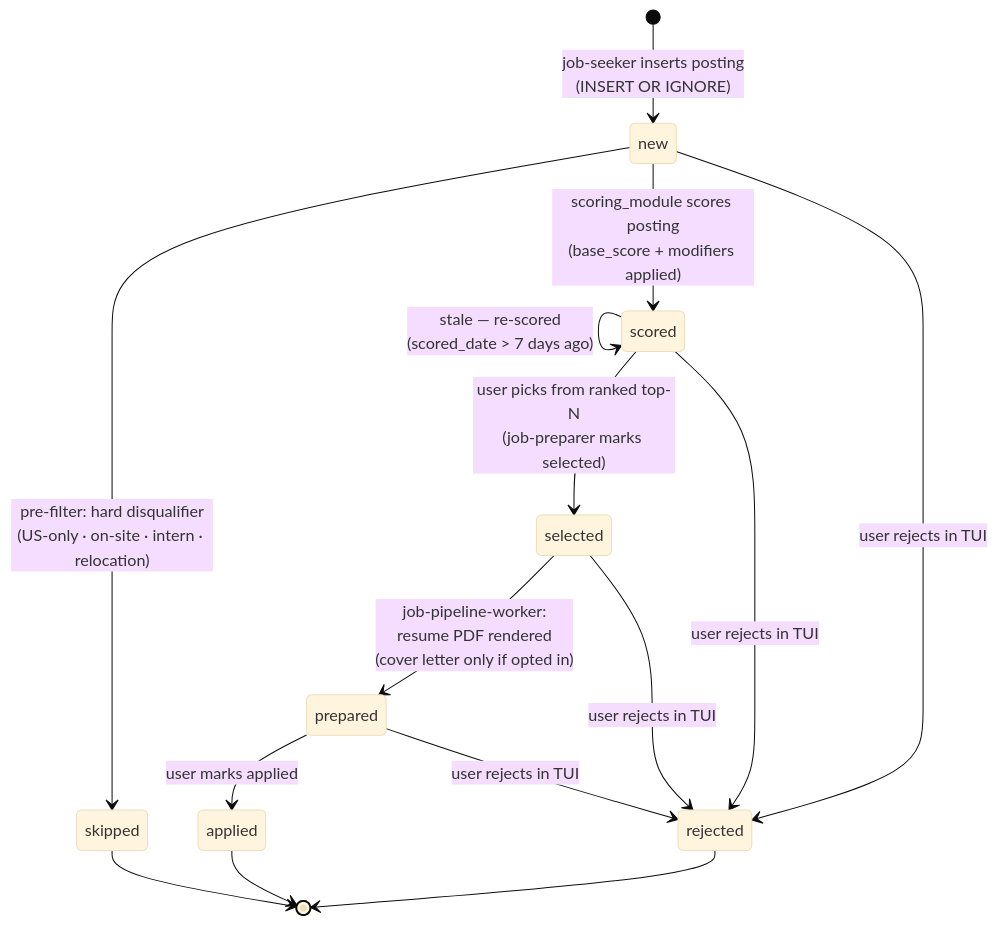
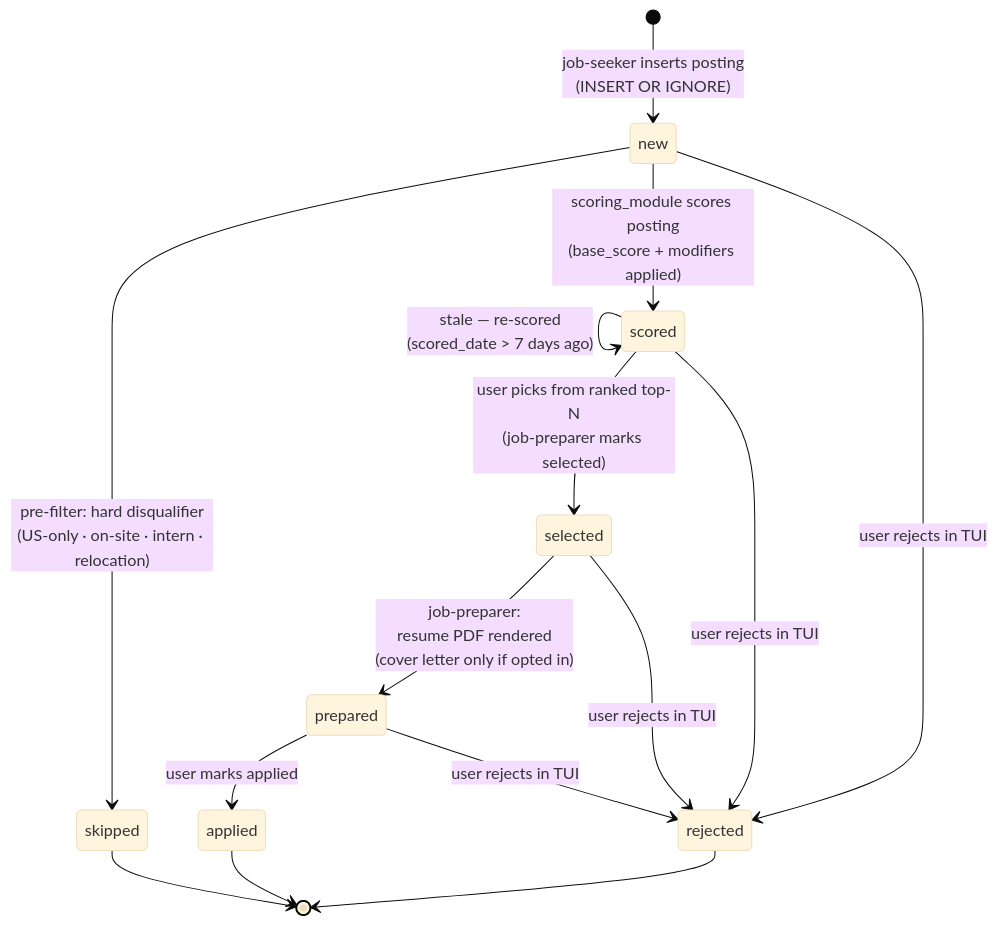
The diagram in docs/job-states.md (bildzeitung/job-harness), drawn with Mermaid (base theme) before and after one commit. The commit also changed other lines of this file and 8 other files, not shown here.

````diff
--- a/docs/job-states.md
+++ b/docs/job-states.md
@@ -7,22 +7,22 @@
 ```mermaid
 stateDiagram-v2
     [*] --> new : job-seeker inserts posting<br>(INSERT OR IGNORE)
 
     new --> skipped : pre-filter: hard disqualifier<br>(US-only · on-site · intern · relocation)
     new --> scored : scoring_module scores posting<br>(base_score + modifiers applied)
     new --> rejected : user rejects in TUI
 
     scored --> scored : stale — re-scored<br>(scored_date > 7 days ago)
     scored --> selected : user picks from ranked top-N<br>(job-preparer marks selected)
     scored --> rejected : user rejects in TUI
 
-    selected --> prepared : job-pipeline-worker:<br>resume PDF rendered<br>(cover letter only if opted in)
+    selected --> prepared : job-preparer:<br>resume PDF rendered<br>(cover letter only if opted in)
     selected --> rejected : user rejects in TUI
 
     prepared --> applied : user marks applied
     prepared --> rejected : user rejects in TUI
 
     skipped --> [*]
     applied --> [*]
     rejected --> [*]
 ```
````
